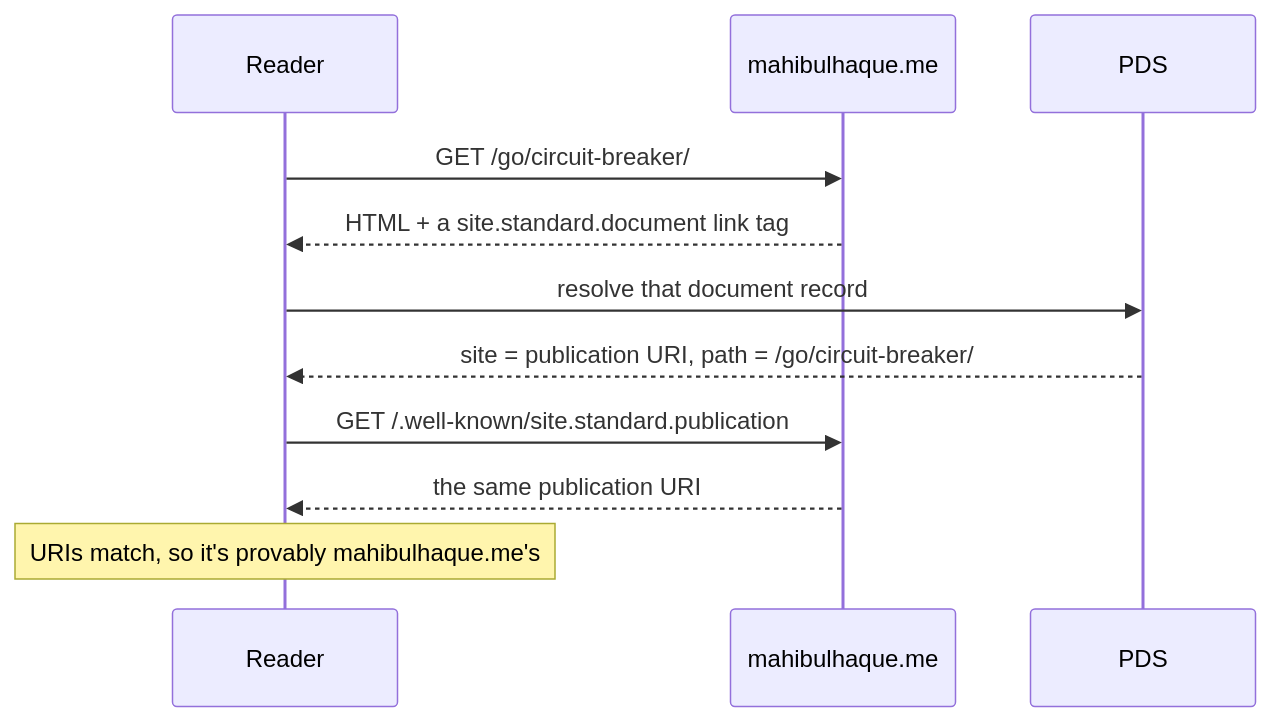
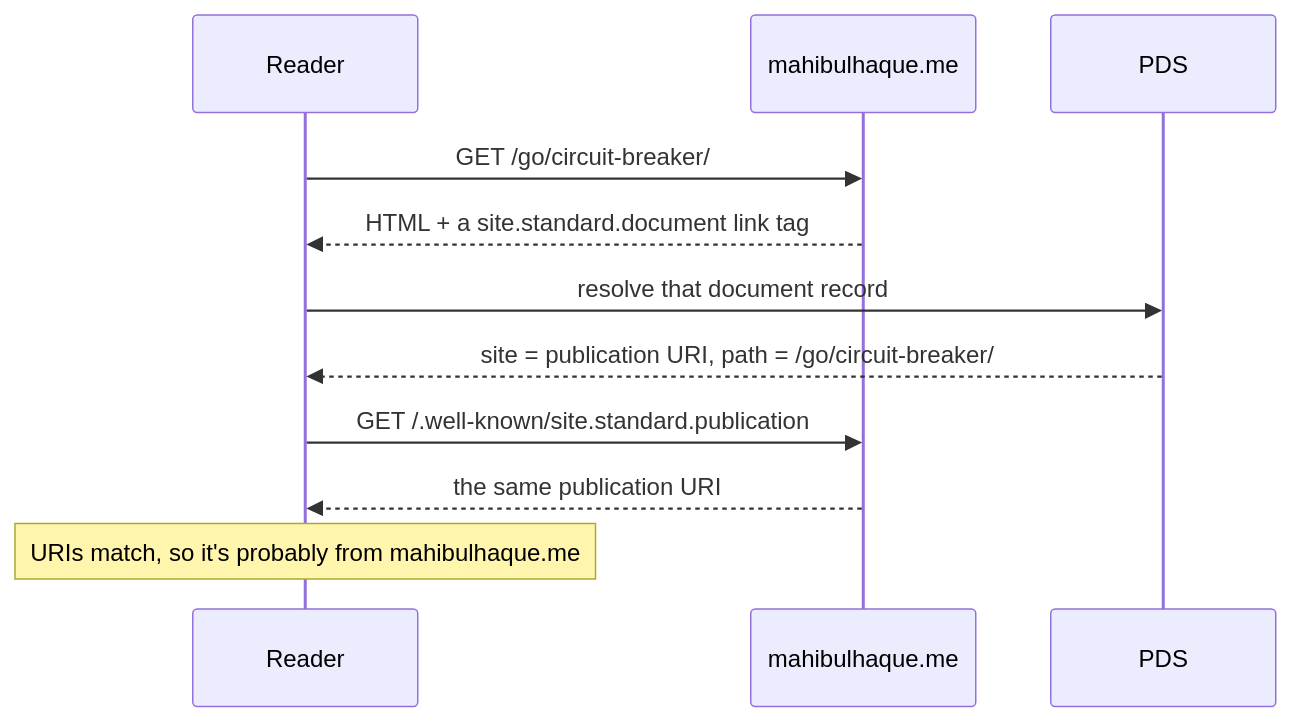
The diagram in src/content/blogs/misc/atproto-standard-site.md (mahibulhaque/mahibulhaque.me), drawn with Mermaid before and after one commit. The commit also changed other lines of this file and 6 other files, not shown here.

````diff
--- a/src/content/blogs/misc/atproto-standard-site.md
+++ b/src/content/blogs/misc/atproto-standard-site.md
@@ -35,14 +35,14 @@
 ```mermaid
 sequenceDiagram
     participant R as Reader
     participant S as mahibulhaque.me
     participant P as PDS
 
     R->>S: GET /go/circuit-breaker/
     S-->>R: HTML + a site.standard.document link tag
     R->>P: resolve that document record
     P-->>R: site = publication URI, path = /go/circuit-breaker/
     R->>S: GET /.well-known/site.standard.publication
     S-->>R: the same publication URI
-    Note over R: URIs match, so it's provably mahibulhaque.me's
+    Note over R: URIs match, so it's probably from mahibulhaque.me
 ```
````
